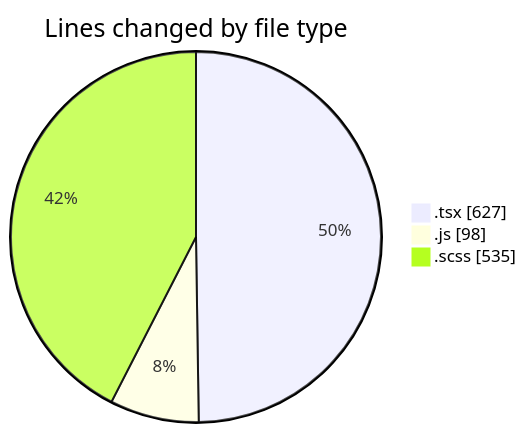
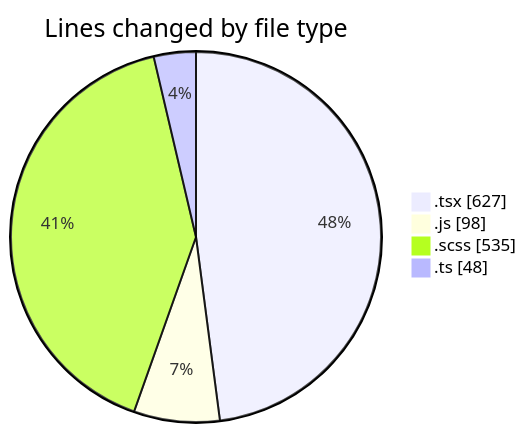
One commit to momahboobian/code-tracking changed the first of 2 diagrams in 2025-03-31/cda/README.md. Above: the diagram before and after it, drawn with Mermaid. The commit also changed other lines of this file and 1 other file, not shown here.

````diff
--- a/2025-03-31/cda/README.md
+++ b/2025-03-31/cda/README.md
@@ -28,7 +29,8 @@
 ```mermaid
 pie showData
 title Lines changed by file type
 ".tsx" : 627
 ".js" : 98
 ".scss" : 535
+".ts" : 48
 ```
````
